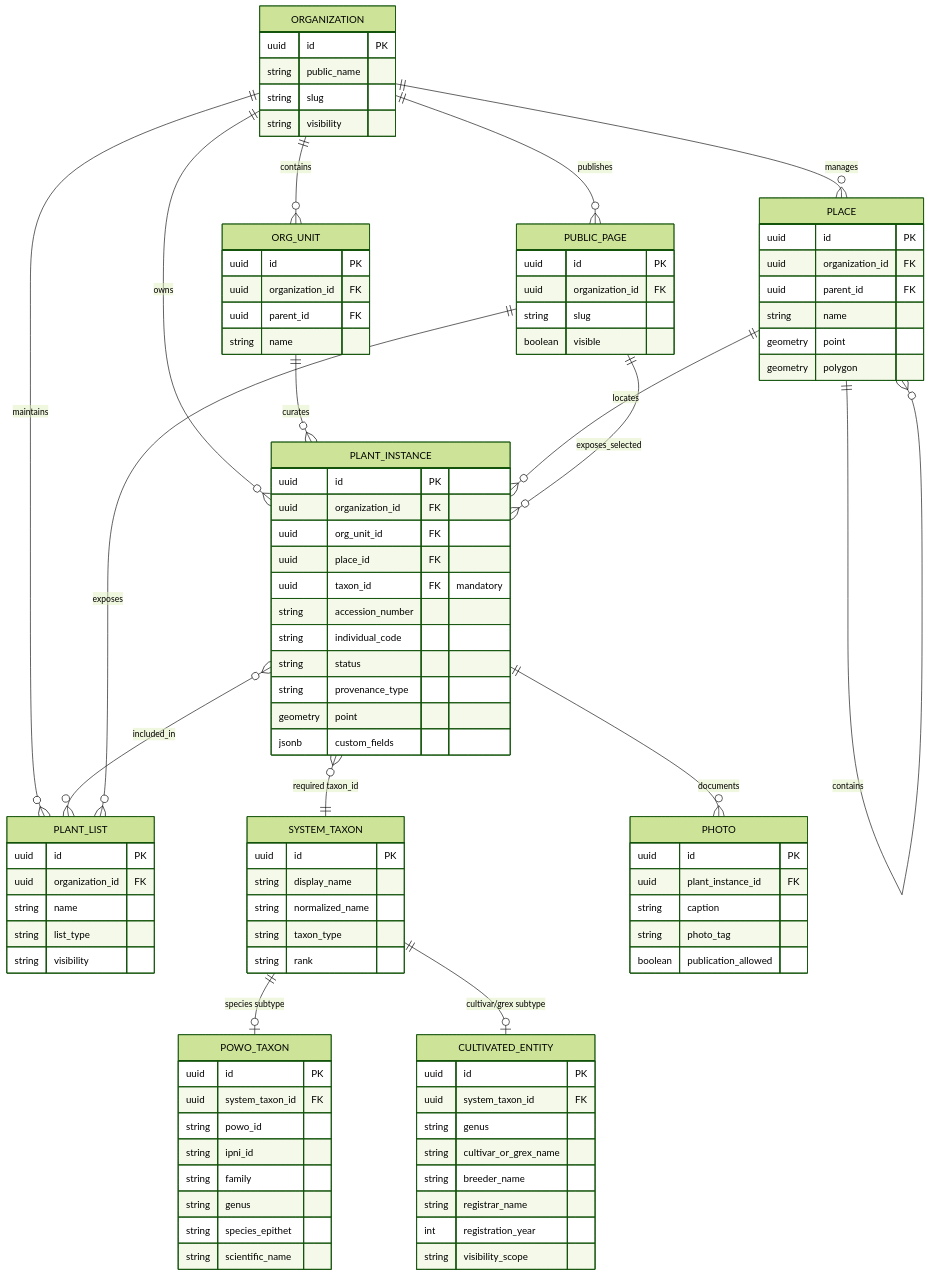
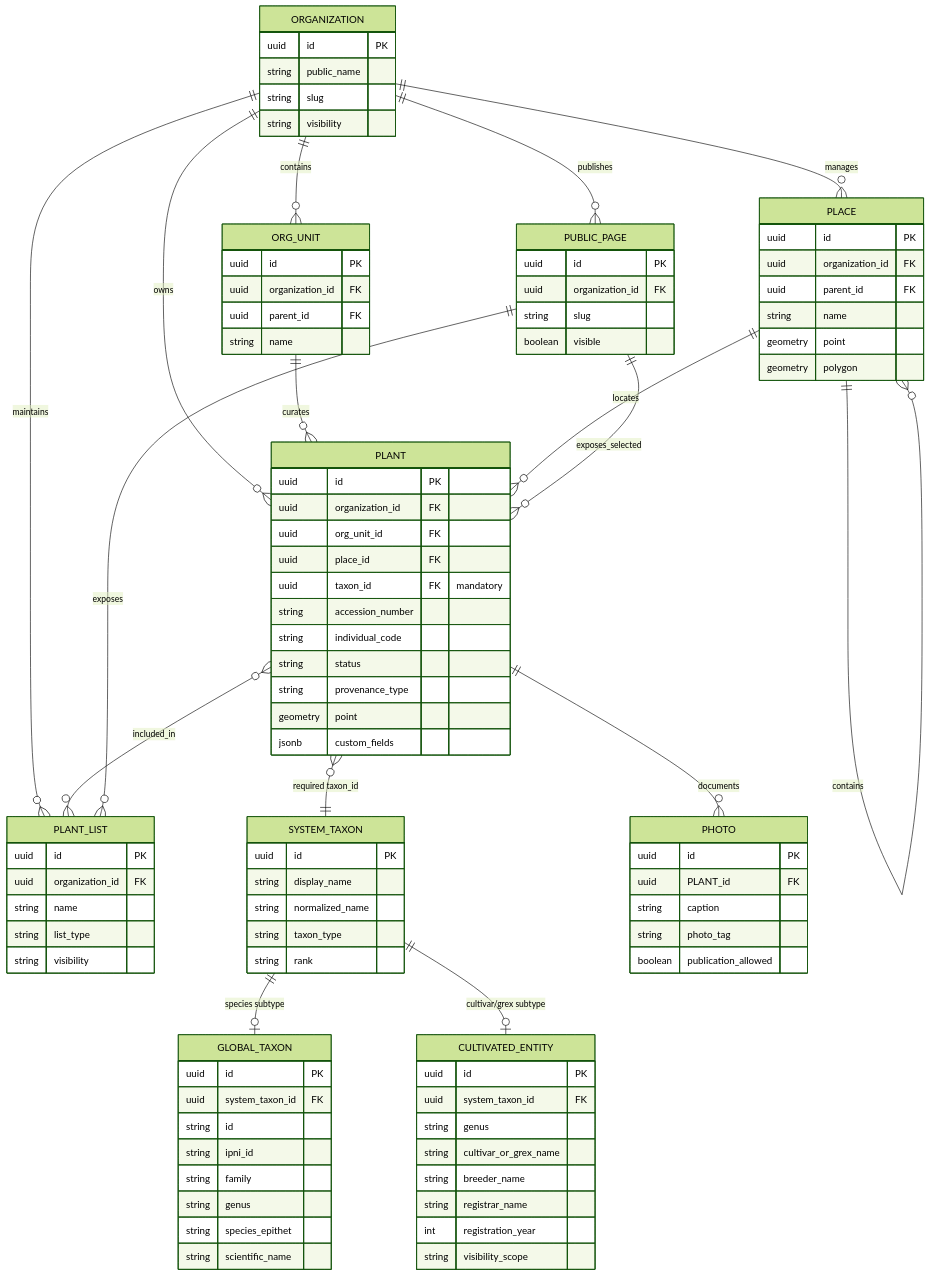
One commit to flatura/portfolio changed the diagram in docs/ru/projects/botanical/05-system-model.md. Above: the diagram before and after it, drawn with Mermaid (forest theme). The commit also changed other lines of this file and 23 other files, not shown here.

Commit message:
Update botanical project documentation: enhance clarity and detail in overview, context, goals, and responsibilities sections; improve data model representation; refine architecture and integration descriptions; and streamline navigation structure.

````diff
--- a/docs/ru/projects/botanical/05-system-model.md
+++ b/docs/ru/projects/botanical/05-system-model.md
@@ -15,24 +15,24 @@
 ```mermaid
 erDiagram
     ORGANIZATION ||--o{ ORG_UNIT : contains
-    ORGANIZATION ||--o{ PLANT_INSTANCE : owns
+    ORGANIZATION ||--o{ PLANT : owns
     ORGANIZATION ||--o{ PLACE : manages
     ORGANIZATION ||--o{ PLANT_LIST : maintains
     ORGANIZATION ||--o{ PUBLIC_PAGE : publishes
 
-    ORG_UNIT ||--o{ PLANT_INSTANCE : curates
+    ORG_UNIT ||--o{ PLANT : curates
     PLACE ||--o{ PLACE : contains
-    PLACE ||--o{ PLANT_INSTANCE : locates
+    PLACE ||--o{ PLANT : locates
 
-    PLANT_INSTANCE }o--|| SYSTEM_TAXON : "required taxon_id"
-    PLANT_INSTANCE ||--o{ PHOTO : documents
-    PLANT_INSTANCE }o--o{ PLANT_LIST : included_in
+    PLANT }o--|| SYSTEM_TAXON : "required taxon_id"
+    PLANT ||--o{ PHOTO : documents
+    PLANT }o--o{ PLANT_LIST : included_in
 
-    SYSTEM_TAXON ||--o| POWO_TAXON : "species subtype"
+    SYSTEM_TAXON ||--o| GLOBAL_TAXON : "species subtype"
     SYSTEM_TAXON ||--o| CULTIVATED_ENTITY : "cultivar/grex subtype"
 
     PUBLIC_PAGE ||--o{ PLANT_LIST : exposes
-    PUBLIC_PAGE ||--o{ PLANT_INSTANCE : exposes_selected
+    PUBLIC_PAGE ||--o{ PLANT : exposes_selected
 
     ORGANIZATION {
         uuid id PK
@@ -48,7 +48,7 @@
         string name
     }
 
-    PLANT_INSTANCE {
+    PLANT {
         uuid id PK
         uuid organization_id FK
         uuid org_unit_id FK
@@ -70,10 +70,10 @@
         string rank
     }
 
-    POWO_TAXON {
+    GLOBAL_TAXON {
         uuid id PK
         uuid system_taxon_id FK
-        string powo_id
+        string id
         string ipni_id
         string family
         string genus
@@ -111,7 +111,7 @@
 
     PHOTO {
         uuid id PK
-        uuid plant_instance_id FK
+        uuid PLANT_id FK
         string caption
         string photo_tag
         boolean publication_allowed
````
